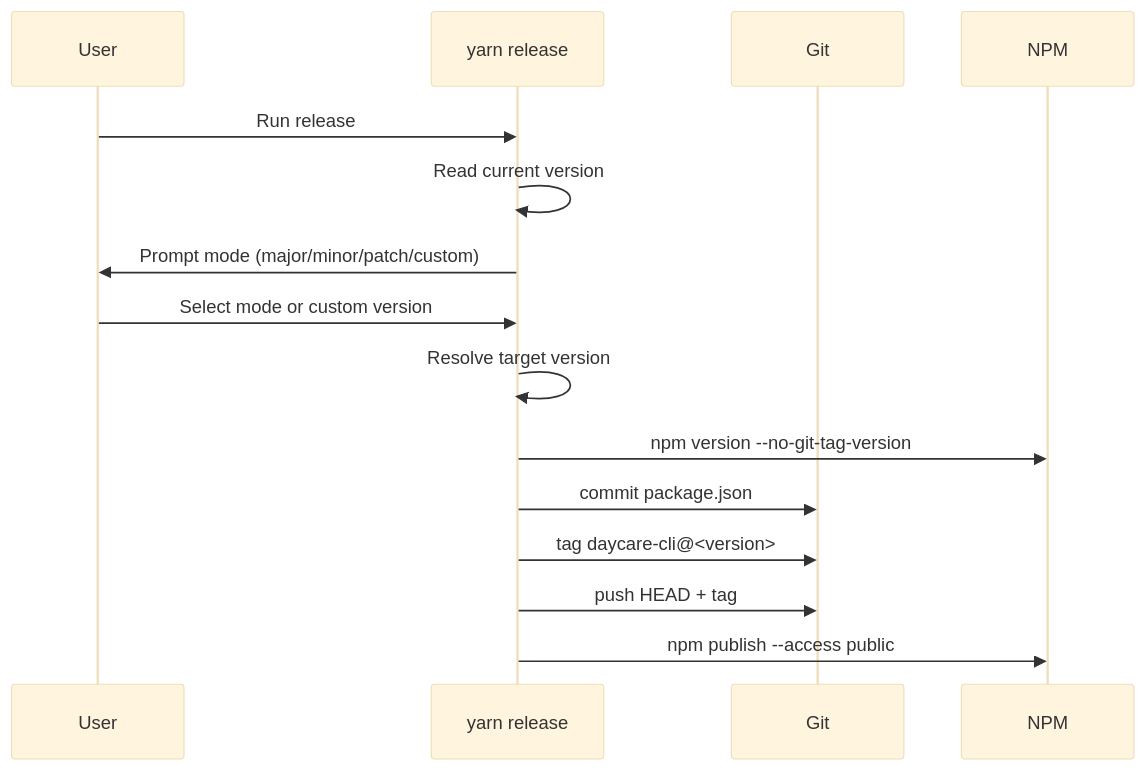
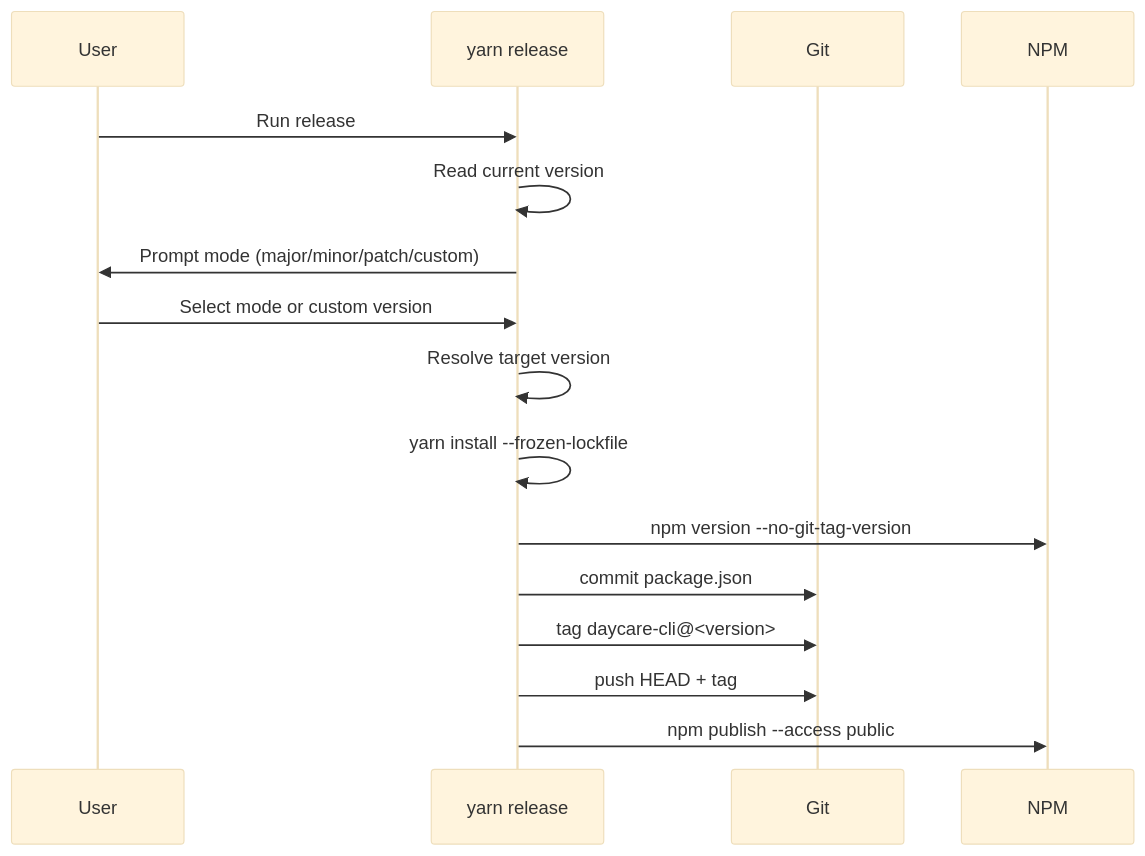
The diagram in doc/internals/release-command.md (ex3ndr-bot/daycare), drawn with Mermaid (base theme) before and after one commit. The commit also changed other lines of this file and 2 other files, not shown here.

Commit message:
feat(release): run yarn install before publish

````diff
--- a/doc/internals/release-command.md
+++ b/doc/internals/release-command.md
@@ -18,18 +19,19 @@
 ```mermaid
 sequenceDiagram
   participant User
   participant CLI as yarn release
   participant Git
   participant NPM
 
   User->>CLI: Run release
   CLI->>CLI: Read current version
   CLI->>User: Prompt mode (major/minor/patch/custom)
   User->>CLI: Select mode or custom version
   CLI->>CLI: Resolve target version
+  CLI->>CLI: yarn install --frozen-lockfile
   CLI->>NPM: npm version --no-git-tag-version
   CLI->>Git: commit package.json
   CLI->>Git: tag daycare-cli@<version>
   CLI->>Git: push HEAD + tag
   CLI->>NPM: npm publish --access public
 ```
````
